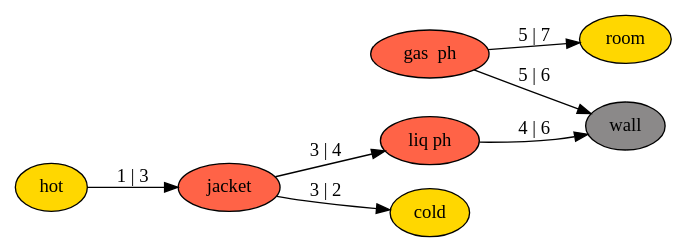
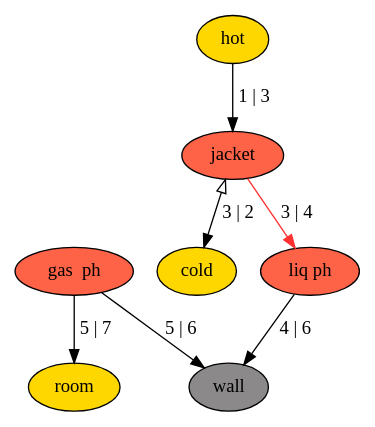
The diagram in OntoSim/GraphIndexTest/DOT/test.dot (ATElve/OntoSim), drawn with Graphviz before and after one commit. The commit also changed 3 other files, not shown here.

```diff
--- a/OntoSim/GraphIndexTest/DOT/test.dot
+++ b/OntoSim/GraphIndexTest/DOT/test.dot
@@ -1,22 +1,21 @@
 ###############################################################################
 #	 Purpose: Dot graph for equation tree                                       #
 #	 Author:  Arne Tobias Elve                                                  #
-#	 When:    2017-08-02 17:41:00                                               #
+#	 When:    2017-08-03 16:11:10                                               #
 #	 Why:     Output to dot language                                            #
 ###############################################################################
 digraph G {
-rankdir = "LR"
+7 [style = filled, label = "cold" fillcolor = Gold1];
+9 [style = filled, label = "hot" fillcolor = Gold1];
 4 [style = filled, label = "gas  ph" fillcolor = Tomato];
+1 [style = filled, label = "room" fillcolor = Gold1];
 6 [style = filled, label = "liq ph" fillcolor = Tomato];
-7 [style = filled, label = "cold" fillcolor = Gold1];
 5 [style = filled, label = "wall" fillcolor = Snow4];
-9 [style = filled, label = "hot" fillcolor = Gold1];
 8 [style = filled, label = "jacket" fillcolor = Tomato];
-1 [style = filled, label = "room" fillcolor = Gold1];
-8 -> 6[ label = "3 | 4"];
-4 -> 5[ label = "5 | 6"];
-6 -> 5[ label = "4 | 6"];
-4 -> 1[ label = "5 | 7"];
-8 -> 7[ label = "3 | 2"];
-9 -> 8[ label = "1 | 3"];
+8 -> 6 [label = "3 | 4", arrowhead = normal, color = Firebrick1];
+9 -> 8 [label = "1 | 3", arrowhead = normal, color = Black];
+8 -> 7 [label = "3 | 2", arrowtail = onormal, dir = both, color = Black];
+6 -> 5 [label = "4 | 6", arrowhead = normal, color = Black];
+4 -> 5 [label = "5 | 6", arrowhead = normal, color = Black];
+4 -> 1 [label = "5 | 7", arrowhead = normal, color = Black];
 }
```
